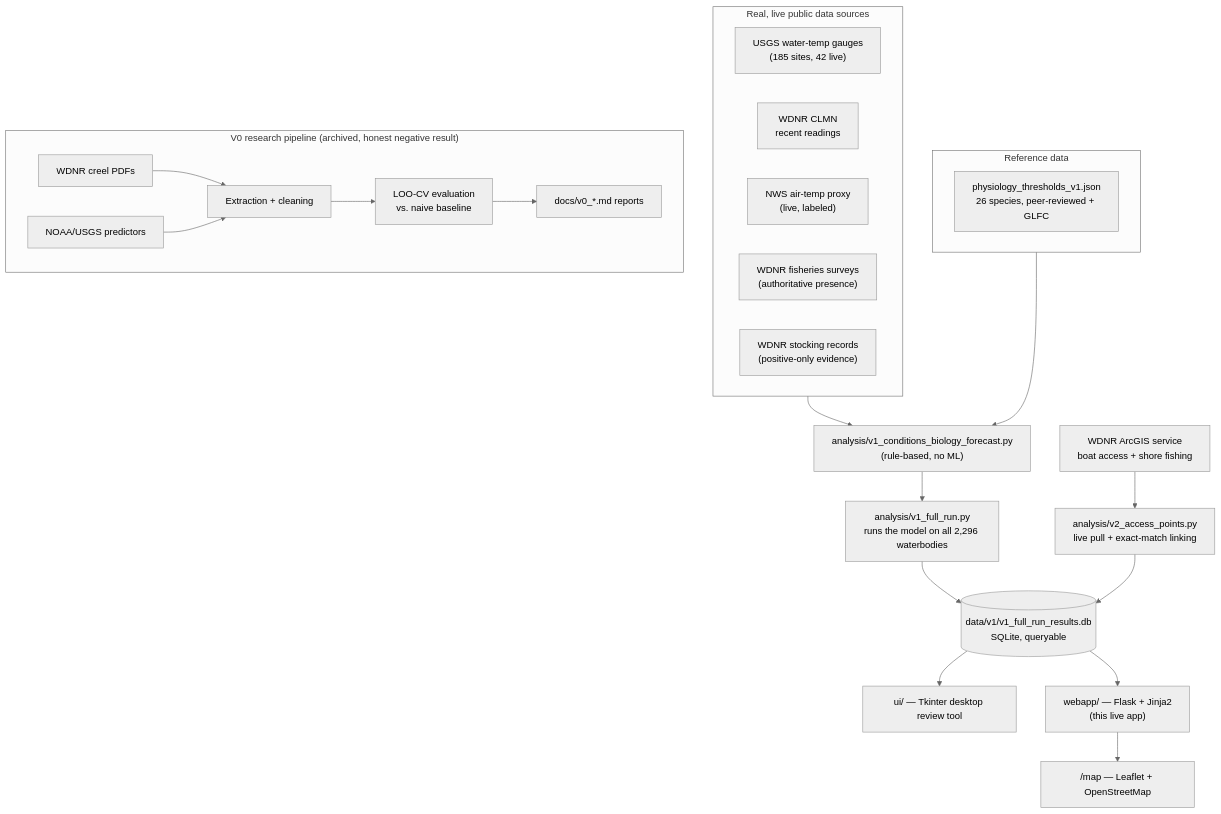
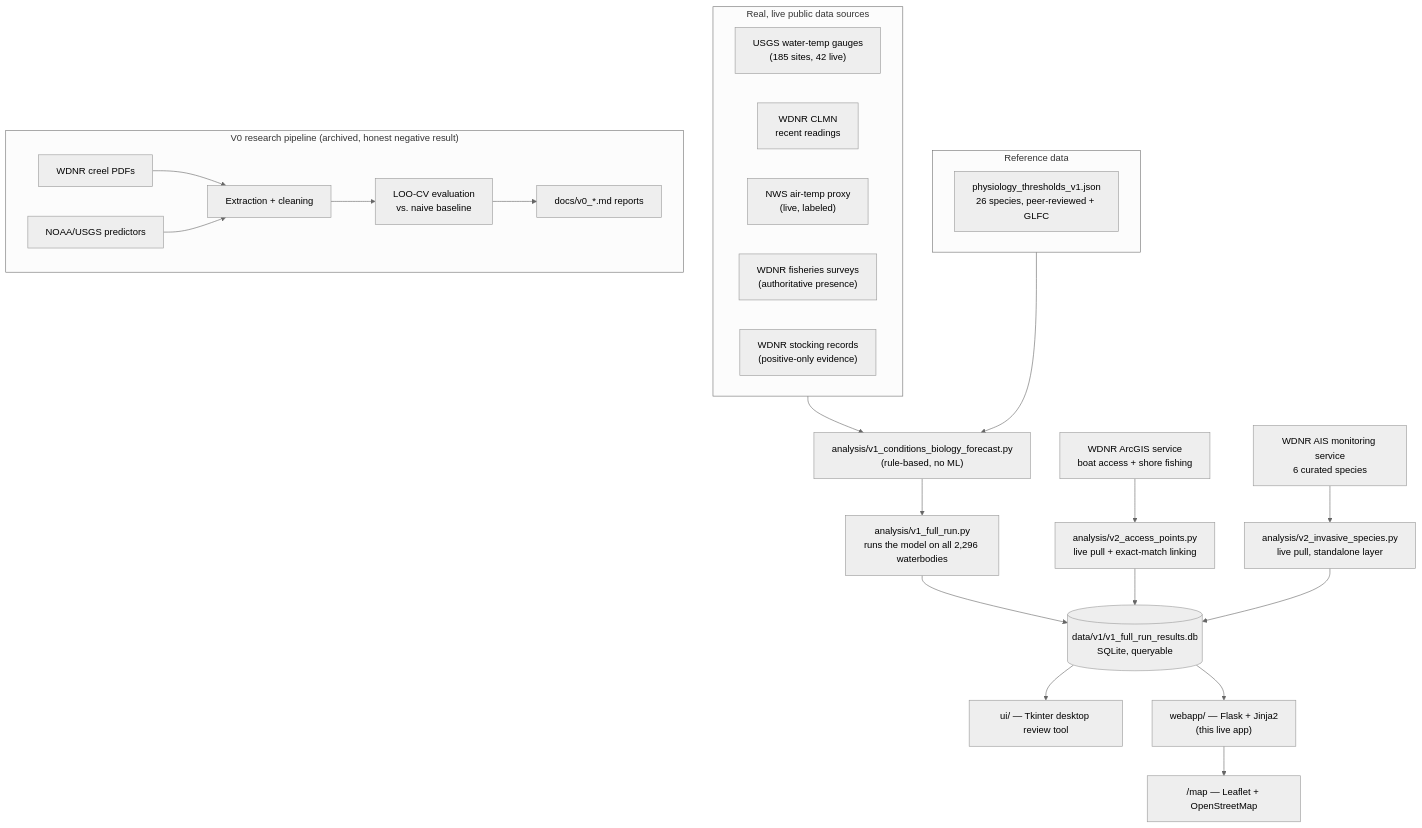
Before and after one commit to jsopa1/fishin: the diagram in README.md, drawn with Mermaid (neutral theme). The commit also changed other lines of this file and 11 other files, not shown here.

````diff
--- a/README.md
+++ b/README.md
@@ -102,30 +106,32 @@
 ```mermaid
 flowchart TD
     subgraph Sources["Real, live public data sources"]
         USGS["USGS water-temp gauges\n(185 sites, 42 live)"]
         CLMN["WDNR CLMN\nrecent readings"]
         NWS["NWS air-temp proxy\n(live, labeled)"]
         WDNR_S["WDNR fisheries surveys\n(authoritative presence)"]
         WDNR_K["WDNR stocking records\n(positive-only evidence)"]
     end
     subgraph Ref["Reference data"]
         PHYS["physiology_thresholds_v1.json\n26 species, peer-reviewed + GLFC"]
     end
 
     Sources --> Model["analysis/v1_conditions_biology_forecast.py\n(rule-based, no ML)"]
     Ref --> Model
     Model --> FullRun["analysis/v1_full_run.py\nruns the model on all 2,296 waterbodies"]
     FullRun --> DB[("data/v1/v1_full_run_results.db\nSQLite, queryable")]
     WDNR_GIS["WDNR ArcGIS service\nboat access + shore fishing"] --> V2Script["analysis/v2_access_points.py\nlive pull + exact-match linking"]
     V2Script --> DB
+    WDNR_AIS["WDNR AIS monitoring service\n6 curated species"] --> V2AIS["analysis/v2_invasive_species.py\nlive pull, standalone layer"]
+    V2AIS --> DB
     DB --> Exe["ui/ — Tkinter desktop review tool"]
     DB --> Web["webapp/ — Flask + Jinja2\n(this live app)"]
     Web --> MapPage["/map — Leaflet + OpenStreetMap"]
 
     subgraph V0["V0 research pipeline (archived, honest negative result)"]
         Creel["WDNR creel PDFs"] --> Extract["Extraction + cleaning"]
         Buoy["NOAA/USGS predictors"] --> Extract
         Extract --> Eval["LOO-CV evaluation\nvs. naive baseline"]
         Eval --> Reports["docs/v0_*.md reports"]
     end
 ```
````
